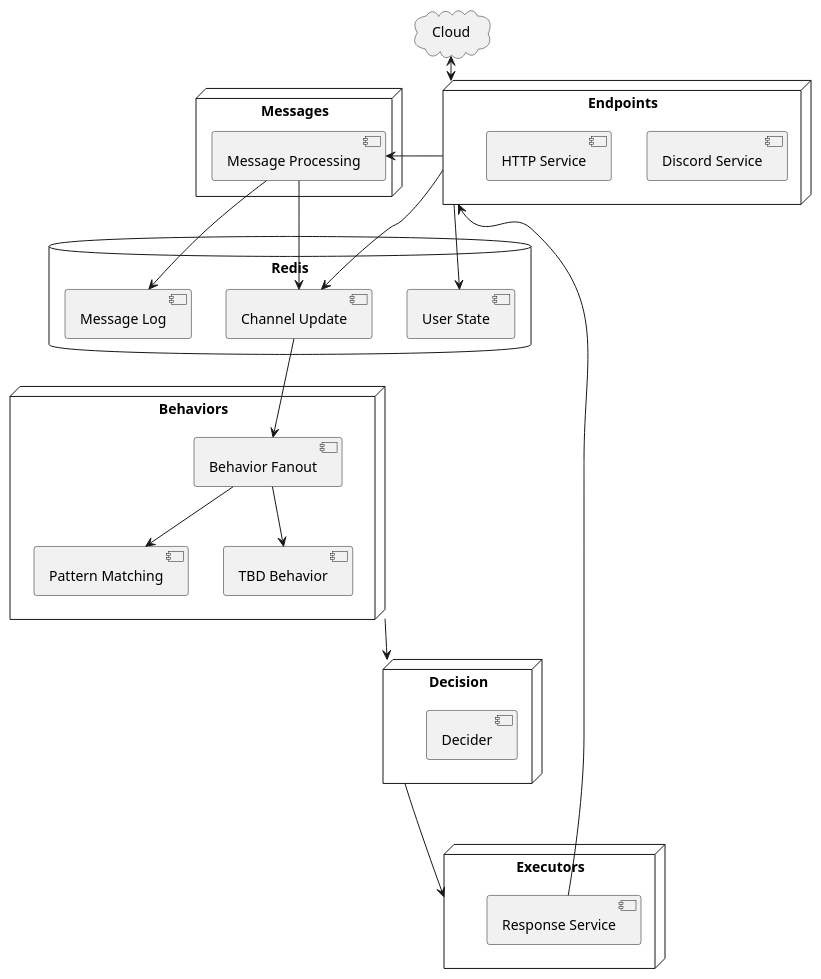
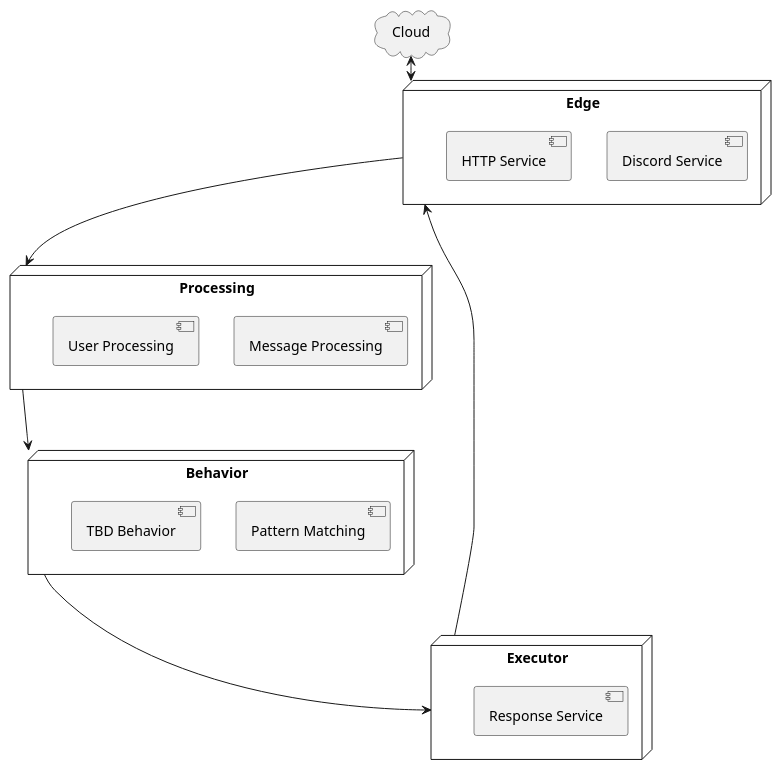
The diagram in diagrams/architecture.puml (elusivebot/elusivebot-docs), drawn with PlantUML before and after one commit. The commit also changed 1 other file, not shown here.

Commit message:
Simplify high level architecture
Ok, now getting somewhere.

```diff
--- a/diagrams/architecture.puml
+++ b/diagrams/architecture.puml
@@ -1,55 +1,34 @@
 @startuml architecture
 
 cloud Cloud
 
-node Endpoints {
+node Edge {
     [Discord Service] as discord
     [HTTP Service] as http
 }
 
-database Redis {
-    [Message Log] as message_log
-    [User State] as user_state
-
-    [Channel Update] as channel_updates
+node Processing {
+    [Message Processing] as message_processing
+    [User Processing] as user_processing
 }
 
-node Messages {
-    [Message Processing] as message_processing
-}
-
-node Behaviors {
-    [Behavior Fanout] as behavior_fanout
+node Behavior {
     [Pattern Matching] as behavior_patterns
     [TBD Behavior] as behavior_placeholder
 }
 
-node Decision {
-    [Decider] as decision_service
-}
-
-node Executors {
+node Executor {
     [Response Service] as response_service
 }
 
-Cloud <--> Endpoints
+Cloud <--> Edge
 
-Endpoints --> message_processing
-Endpoints --> user_state
-Endpoints --> channel_updates
+Edge ---> Processing
 
-message_processing --> message_log
-message_processing --> channel_updates
+Processing ---> Behavior
 
-channel_updates --> behavior_fanout
+Behavior ---> Executor
 
-behavior_fanout --> behavior_patterns
-behavior_fanout --> behavior_placeholder
-
-Behaviors ---> Decision
-
-Decision ---> Executors
-
-response_service --> Endpoints
+Executor ---> Edge
 
 @enduml
```
